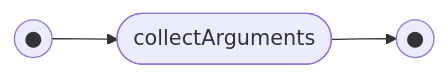
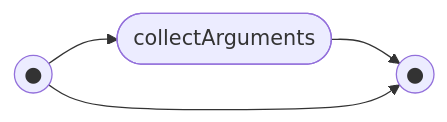
Before and after one commit to billhails/CEKF: diagram 29 of 59 in docs/railroad.md, drawn with Mermaid. The commit also changed other lines of this file and 1 other file, not shown here.

````diff
--- a/docs/railroad.md
+++ b/docs/railroad.md
@@ -408,6 +432,7 @@
 ```mermaid
 flowchart LR
 s(("●"))
 e(("●"))
 s --> ca([collectArguments]) --> e
+s --> e
 ```
````
